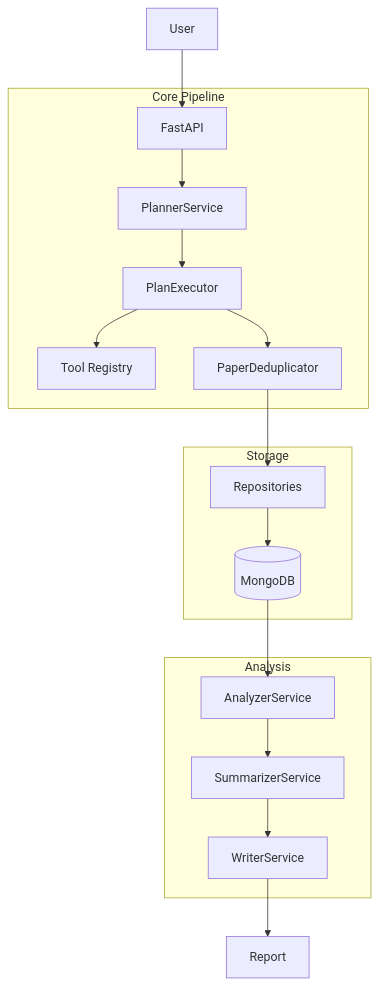
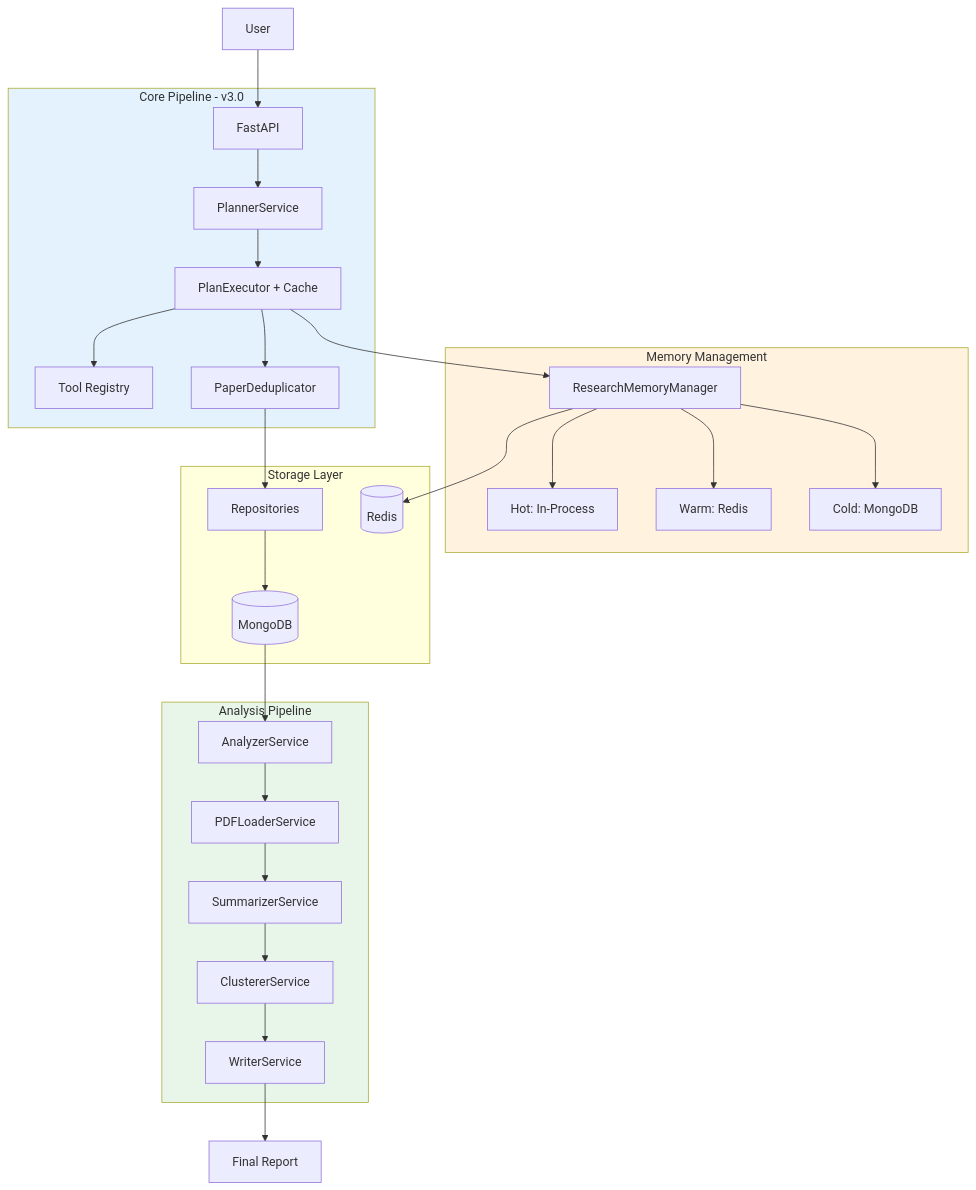
Before and after one commit to DuyTa506/tiny_researcher: the diagram in backend/docs/system_design.md, drawn with Mermaid. The commit also changed other lines of this file and 17 other files, not shown here.

````diff
--- a/backend/docs/system_design.md
+++ b/backend/docs/system_design.md
@@ -5,24 +5,38 @@
 ```mermaid
 graph TB
     User[User] --> API[FastAPI]
-    
-    subgraph Core["Core Pipeline"]
+
+    subgraph Core[Core Pipeline - v3.0]
         API --> Planner[PlannerService]
-        Planner --> Executor[PlanExecutor]
+        Planner --> Executor[PlanExecutor + Cache]
         Executor --> Tools[Tool Registry]
         Executor --> Dedup[PaperDeduplicator]
     end
-    
-    subgraph Storage["Storage"]
+
+    subgraph Memory[Memory Management]
+        Executor --> MemMgr[ResearchMemoryManager]
+        MemMgr --> Hot[Hot: In-Process]
+        MemMgr --> Warm[Warm: Redis]
+        MemMgr --> Cold[Cold: MongoDB]
+    end
+
+    subgraph Storage[Storage Layer]
         Dedup --> Repo[Repositories]
         Repo --> MongoDB[(MongoDB)]
+        MemMgr --> Redis[(Redis)]
     end
-    
-    subgraph Analysis["Analysis"]
+
+    subgraph Analysis[Analysis Pipeline]
         MongoDB --> Analyzer[AnalyzerService]
-        Analyzer --> Summarizer[SummarizerService]
-        Summarizer --> Writer[WriterService]
+        Analyzer --> PDFLoader[PDFLoaderService]
+        PDFLoader --> Summarizer[SummarizerService]
+        Summarizer --> Clusterer[ClustererService]
+        Clusterer --> Writer[WriterService]
     end
-    
-    Writer --> Report[Report]
+
+    Writer --> Report[Final Report]
+
+    style Core fill:#e3f2fd
+    style Memory fill:#fff3e0
+    style Analysis fill:#e8f5e9
 ```
````
